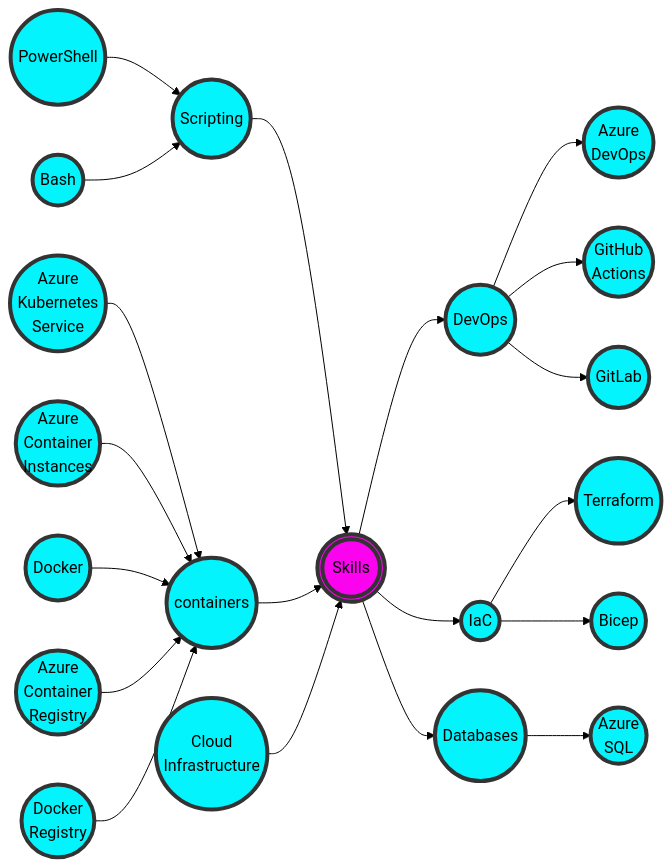
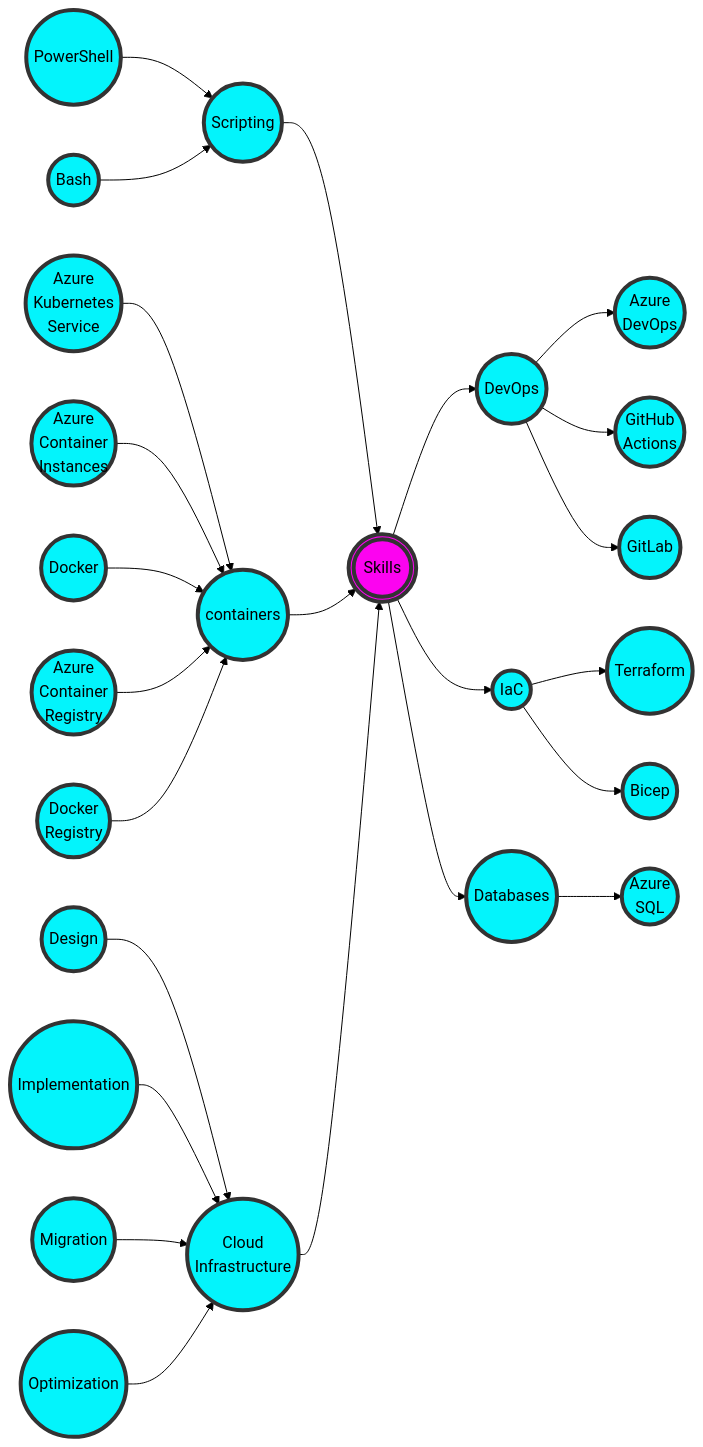
Before and after one commit to Lddeiva/Lddeiva: the diagram in README.md, drawn with Mermaid (forest theme). The commit also changed other lines of this file, not shown here.

````diff
--- a/README.md
+++ b/README.md
@@ -74,39 +76,44 @@
 ```mermaid
 graph LR;
 
 AKS((Azure \n Kubernetes \n Service)):::mystyle --> containers((containers));
 ACI((Azure \n Container \n Instances)):::mystyle --> containers;
 Docker((Docker)):::mystyle --> containers;
 ACR((Azure \n Container \n Registry)):::mystyle --> containers;
 DR((Docker \n Registry)):::mystyle --> containers;
 
 IaC((IaC)) --> Terraform((Terraform)):::mystyle;
 IaC --> Bicep((Bicep)):::mystyle;
 
 DevOps((DevOps)) --> ADO((Azure \n DevOps)):::mystyle;
 DevOps --> GH((GitHub \n Actions)):::mystyle;
 DevOps --> GL((GitLab)):::mystyle;
 
 
 PW((PowerShell)):::mystyle --> Scripting((Scripting));
 BA((Bash)):::mystyle --> Scripting;
 
 Databases((Databases)) --> AzSQL((Azure \n SQL)):::mystyle;
 
 Deiva(((Skills))) --> DevOps;
 Deiva --> IaC;
 Scripting --> Deiva;
 Deiva --> Databases;
 containers --> Deiva;
 
 Infra((Cloud \n Infrastructure)):::mystyle --> Deiva;
+Design((Design)):::mystyle --> Infra;
+Implementation((Implementation)):::mystyle --> Infra;
+Migration((Migration)):::mystyle --> Infra;
+Optimization((Optimization)):::mystyle --> Infra;
+
 
 style Deiva fill:#fc03f0,stroke:#333,stroke-width:4px
 style containers fill:#03f4fc,stroke:#333,stroke-width:4px
 style Databases fill:#03f4fc,stroke:#333,stroke-width:4px
 style Scripting fill:#03f4fc,stroke:#333,stroke-width:4px
 style IaC fill:#03f4fc,stroke:#333,stroke-width:4px
 style DevOps fill:#03f4fc,stroke:#333,stroke-width:4px
 
 classDef mystyle fill:#03f4fc,stroke:#333,stroke-width:4px
 ```
````
